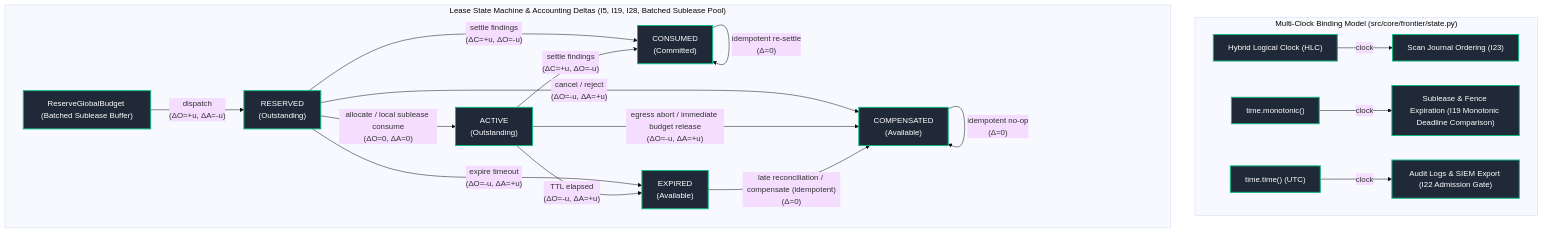
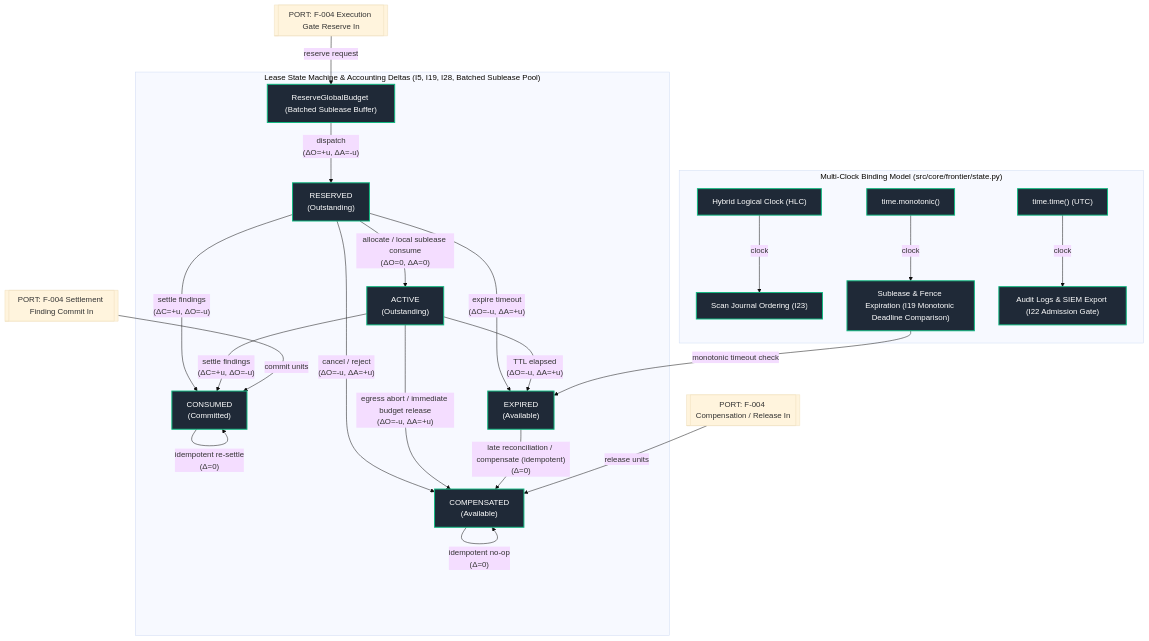
The seventh of 16 diagrams in docs/flowchart.md (AviralGup7/Singularity-Zero), drawn with Mermaid (base theme) before and after one commit.

Commit message:
docs(flowchart): link F-006 and F-004 with explicit cross-plane port and clock edges

````diff
--- a/docs/flowchart.md
+++ b/docs/flowchart.md
@@ -967,31 +967,41 @@
 ```mermaid
 flowchart TD
     classDef impl fill:#1f2937,stroke:#10b981,stroke-width:2px,color:#fff;
     classDef singleNode fill:#1e293b,stroke:#0ea5e9,stroke-width:1px,stroke-dasharray:3 3,color:#fff;
     classDef library fill:#334155,stroke:#64748b,stroke-width:1px,color:#fff;
     classDef specOnly fill:#1e1b4b,stroke:#818cf8,stroke-width:1px,stroke-dasharray:4 4,color:#fff;
     classDef vacuous fill:#27272a,stroke:#71717a,stroke-width:1px,color:#a1a1aa;
     classDef forbidden fill:#450a0a,stroke:#ef4444,stroke-width:2px,color:#fca5a5;
+
+    PORT_F004_RES_IN[["PORT: F-004 Execution Gate Reserve In"]]
+    PORT_F004_COM_IN[["PORT: F-004 Settlement Finding Commit In"]]
+    PORT_F004_REL_IN[["PORT: F-004 Compensation / Release In"]]
 
     subgraph ClockModel["Multi-Clock Binding Model (src/core/frontier/state.py)"]
         HLC["Hybrid Logical Clock (HLC)"]:::impl -->|"clock"| EventOrder["Scan Journal Ordering (I23)"]:::impl
         Mono["time.monotonic()"]:::impl -->|"clock"| LeaseTTL["Sublease & Fence Expiration (I19 Monotonic Deadline Comparison)"]:::impl
         Wall["time.time() (UTC)"]:::impl -->|"clock"| AuditTime["Audit Logs & SIEM Export (I22 Admission Gate)"]:::impl
     end
 
     subgraph LeaseFSM["Lease State Machine & Accounting Deltas (I5, I19, I28, Batched Sublease Pool)"]
         Reserve["ReserveGlobalBudget (Batched Sublease Buffer)"]:::impl -->|"dispatch<br/>(ΔO=+u, ΔA=-u)"| RESERVED["RESERVED<br/>(Outstanding)"]:::impl
         RESERVED -->|"allocate / local sublease consume<br/>(ΔO=0, ΔA=0)"| ACTIVE["ACTIVE<br/>(Outstanding)"]:::impl
         RESERVED -->|"settle findings<br/>(ΔC=+u, ΔO=-u)"| CONSUMED["CONSUMED<br/>(Committed)"]:::impl
         ACTIVE -->|"settle findings<br/>(ΔC=+u, ΔO=-u)"| CONSUMED
         
         RESERVED -->|"cancel / reject<br/>(ΔO=-u, ΔA=+u)"| COMPENSATED["COMPENSATED<br/>(Available)"]:::impl
         ACTIVE -->|"egress abort / immediate budget release<br/>(ΔO=-u, ΔA=+u)"| COMPENSATED
         RESERVED -->|"expire timeout<br/>(ΔO=-u, ΔA=+u)"| EXPIRED["EXPIRED<br/>(Available)"]:::impl
         ACTIVE -->|"TTL elapsed<br/>(ΔO=-u, ΔA=+u)"| EXPIRED
         
         EXPIRED -->|"late reconciliation / compensate (idempotent)<br/>(Δ=0)"| COMPENSATED
         CONSUMED -->|"idempotent re-settle<br/>(Δ=0)"| CONSUMED
         COMPENSATED -->|"idempotent no-op<br/>(Δ=0)"| COMPENSATED
     end
+
+    %% Explicit Cross-Plane Invariant & Port Connections
+    LeaseTTL -->|"monotonic timeout check"| EXPIRED
+    PORT_F004_RES_IN -->|"reserve request"| Reserve
+    PORT_F004_COM_IN -->|"commit units"| CONSUMED
+    PORT_F004_REL_IN -->|"release units"| COMPENSATED
 ```
````
